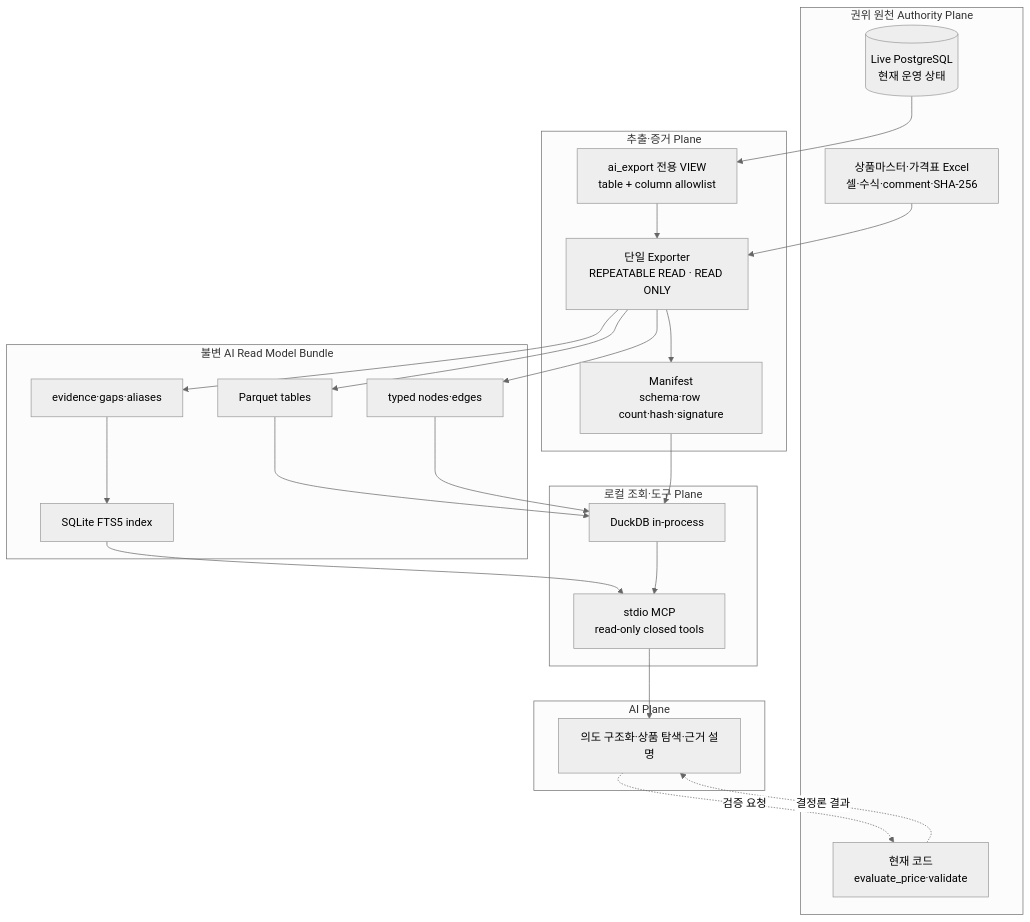
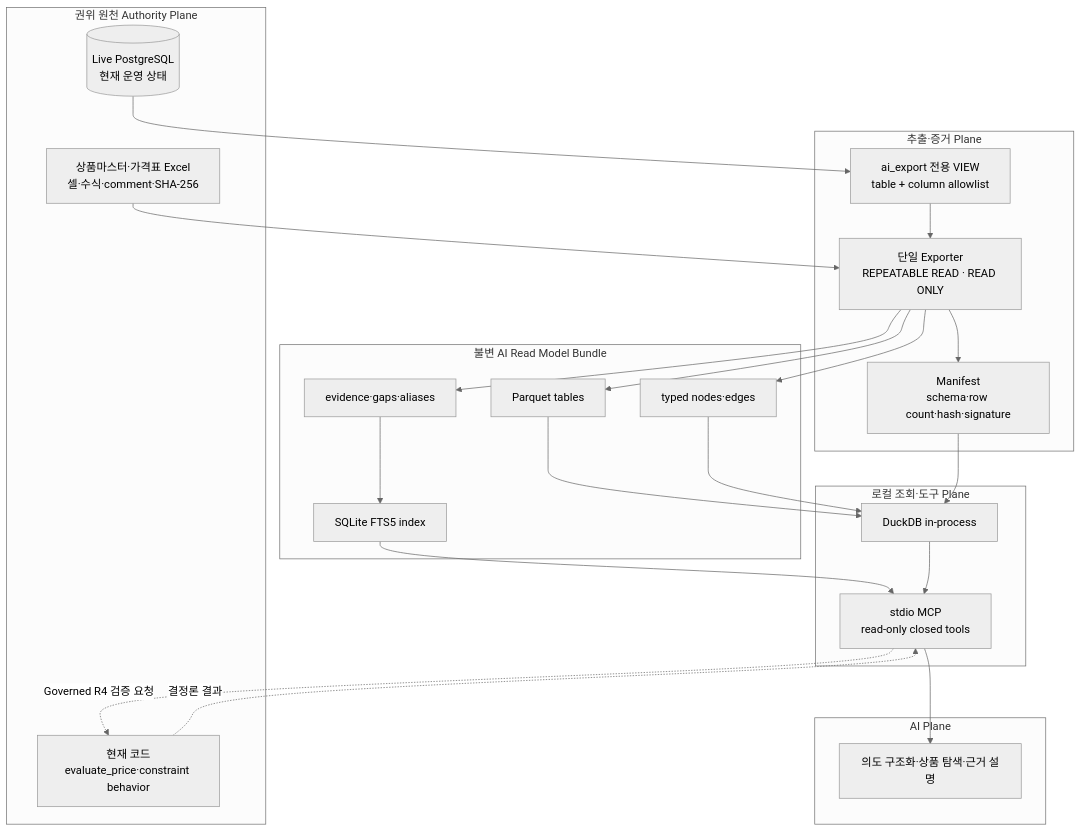
The first of 7 diagrams in _workspace/ai-ready-db-recipe/AI-READY-LIVE-DB-RECIPE.md (skeeper75/HuniWeb), drawn with Mermaid (neutral theme) before and after one commit. The commit also changed other lines of this file and 5 other files, not shown here.

````diff
--- a/_workspace/ai-ready-db-recipe/AI-READY-LIVE-DB-RECIPE.md
+++ b/_workspace/ai-ready-db-recipe/AI-READY-LIVE-DB-RECIPE.md
@@ -118,46 +120,46 @@
 ```mermaid
 flowchart TB
     subgraph A[권위 원천 Authority Plane]
         XL[상품마스터·가격표 Excel<br/>셀·수식·comment·SHA-256]
         PG[(Live PostgreSQL<br/>현재 운영 상태)]
-        CODE[현재 코드<br/>evaluate_price·validate]
+        CODE[현재 코드<br/>evaluate_price·constraint behavior]
     end
 
     subgraph B[추출·증거 Plane]
         VIEW[ai_export 전용 VIEW<br/>table + column allowlist]
         EXP[단일 Exporter<br/>REPEATABLE READ · READ ONLY]
         MAN[Manifest<br/>schema·row count·hash·signature]
     end
 
     subgraph C[불변 AI Read Model Bundle]
         PQ[Parquet tables]
         GR[typed nodes·edges]
         EV[evidence·gaps·aliases]
         FTS[SQLite FTS5 index]
     end
 
     subgraph D[로컬 조회·도구 Plane]
         DUCK[DuckDB in-process]
         MCP[stdio MCP<br/>read-only closed tools]
     end
 
     subgraph E[AI Plane]
         AI[의도 구조화·상품 탐색·근거 설명]
     end
 
     XL --> EXP
     PG --> VIEW --> EXP
     EXP --> MAN
     EXP --> PQ
     EXP --> GR
     EXP --> EV
     EV --> FTS
     MAN --> DUCK
     PQ --> DUCK
     GR --> DUCK
     FTS --> MCP
     DUCK --> MCP
     MCP --> AI
-    AI -. 검증 요청 .-> CODE
-    CODE -. 결정론 결과 .-> AI
+    MCP -. Governed R4 검증 요청 .-> CODE
+    CODE -. 결정론 결과 .-> MCP
 ```
````
